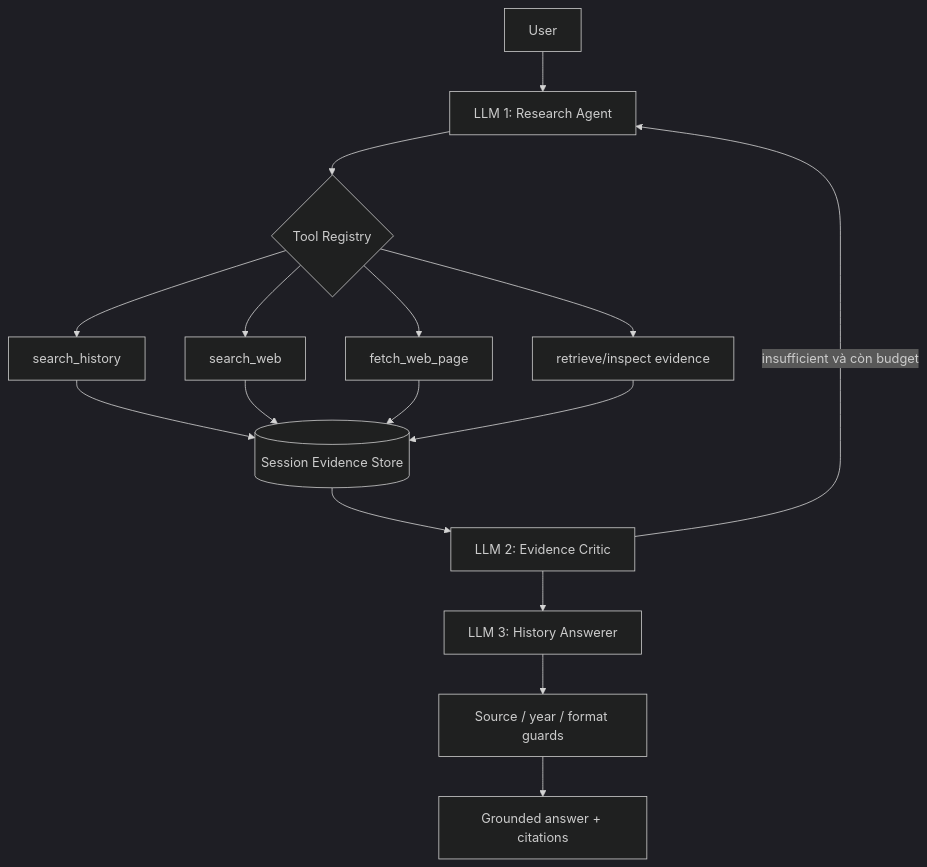
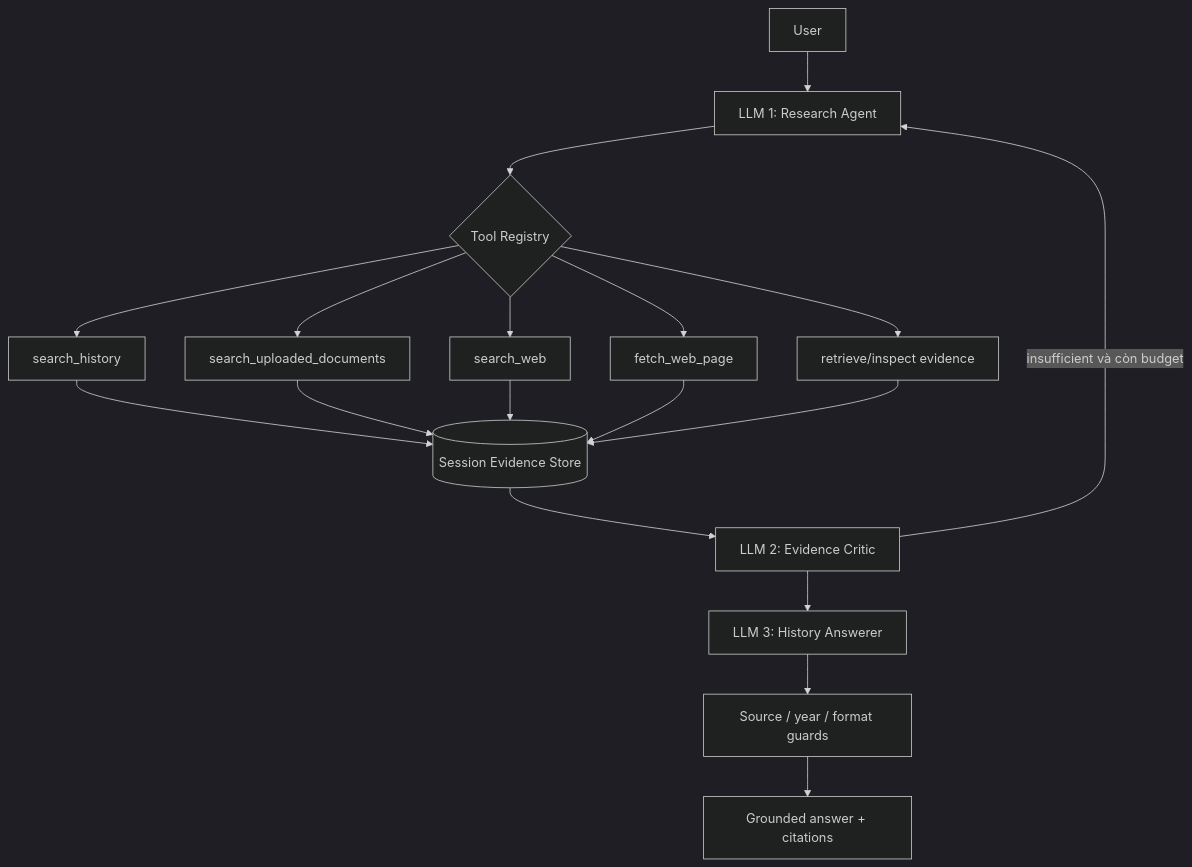
Before and after one commit to ChuTungDuongg/Chatbot_answering_vietnamese_history: the diagram in README.md, drawn with Mermaid (dark theme). The commit also changed other lines of this file and 10 other files, not shown here.

Commit message:
adding ocr/pdf extract to the main flow

````diff
--- a/README.md
+++ b/README.md
@@ -33,18 +33,20 @@
 ```mermaid
 flowchart TD
     U[User] --> R[LLM 1: Research Agent]
     R --> T{Tool Registry}
     T --> L[search_history]
+    T --> D[search_uploaded_documents]
     T --> W[search_web]
     T --> F[fetch_web_page]
     T --> S[retrieve/inspect evidence]
     L --> E[(Session Evidence Store)]
+    D --> E
     W --> E
     F --> E
     S --> E
     E --> C[LLM 2: Evidence Critic]
     C -->|insufficient và còn budget| R
     C --> H[LLM 3: History Answerer]
     H --> G[Source / year / format guards]
     G --> A[Grounded answer + citations]
 ```
````
